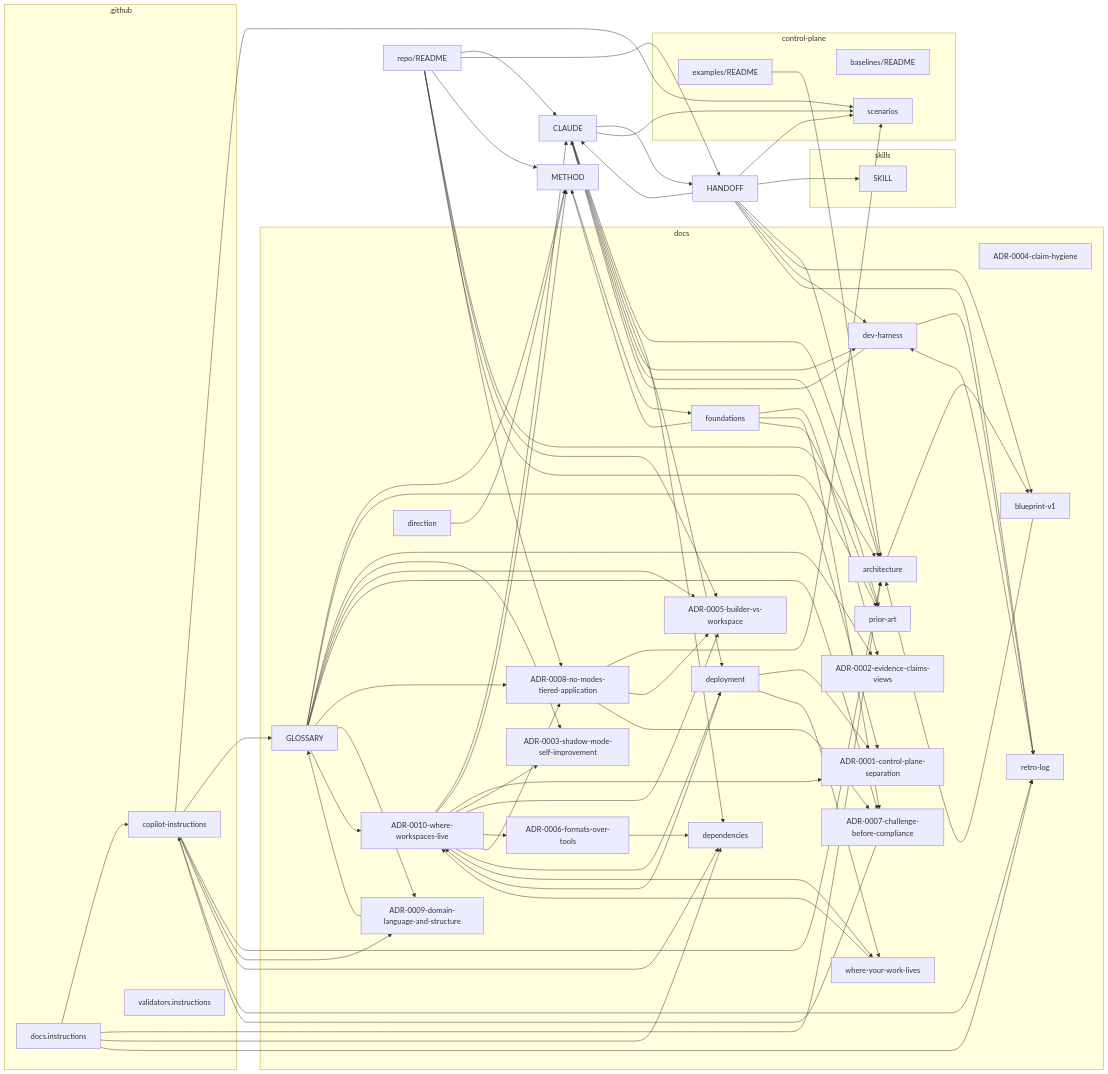
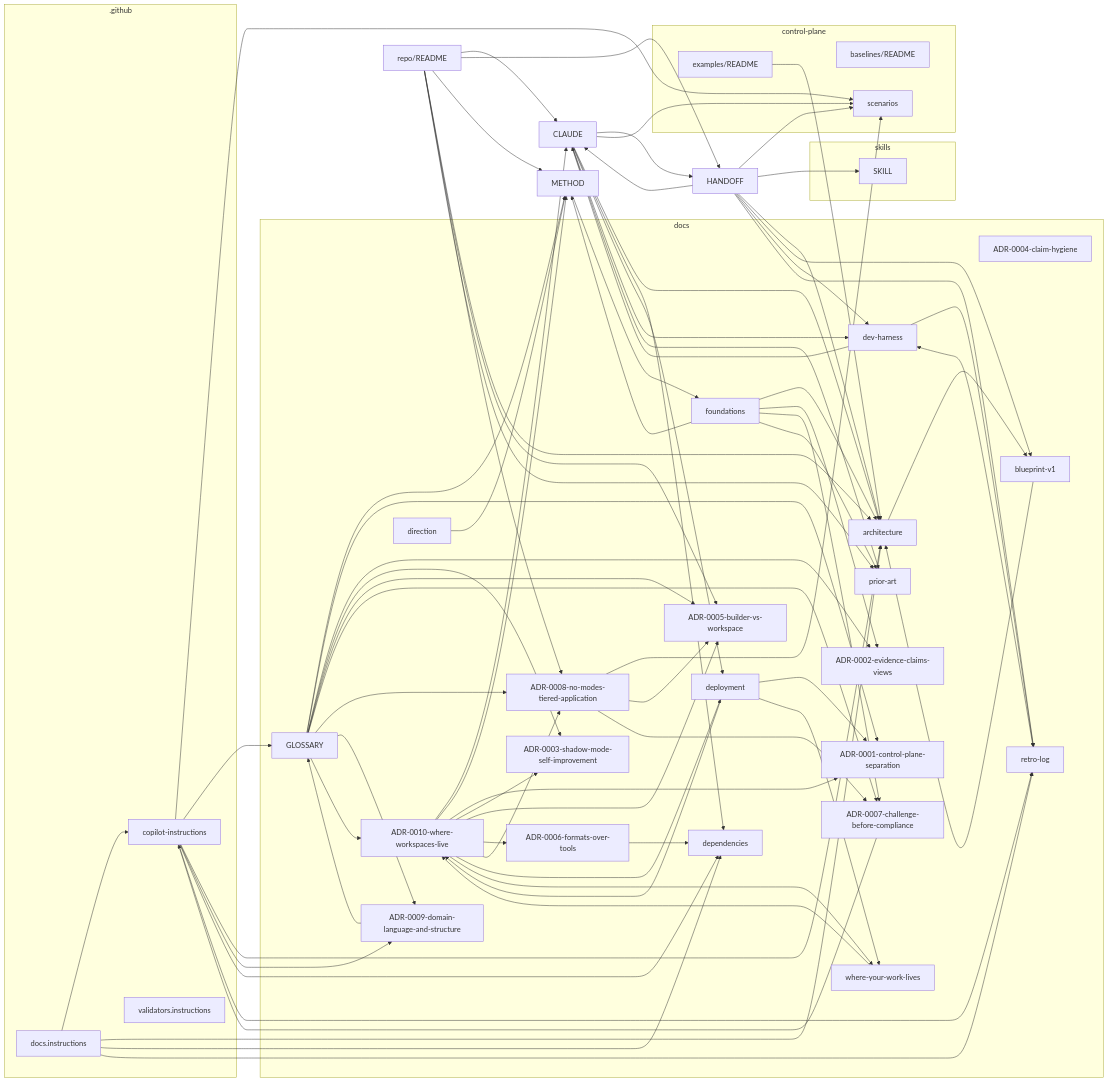
One commit to boulaajaj/ai-mise changed the diagram in docs/mindmap.md. Above: the diagram before and after it, drawn with Mermaid. The commit also changed other lines of this file and 1 other file, not shown here.

First line of the commit message:
Link the architecture reference instead of naming it in prose

```diff
--- a/docs/mindmap.md
+++ b/docs/mindmap.md
@@ -108,6 +108,7 @@
   docs_deployment_md --> docs_decisions_ADR_0010_where_workspaces_live_md
   docs_deployment_md --> docs_where_your_work_lives_md
   docs_foundations_md --> METHOD_md
+  docs_foundations_md --> docs_architecture_md
   docs_foundations_md --> docs_decisions_ADR_0002_evidence_claims_views_md
   docs_foundations_md --> docs_decisions_ADR_0007_challenge_before_compliance_md
   docs_foundations_md --> docs_prior_art_md
```
